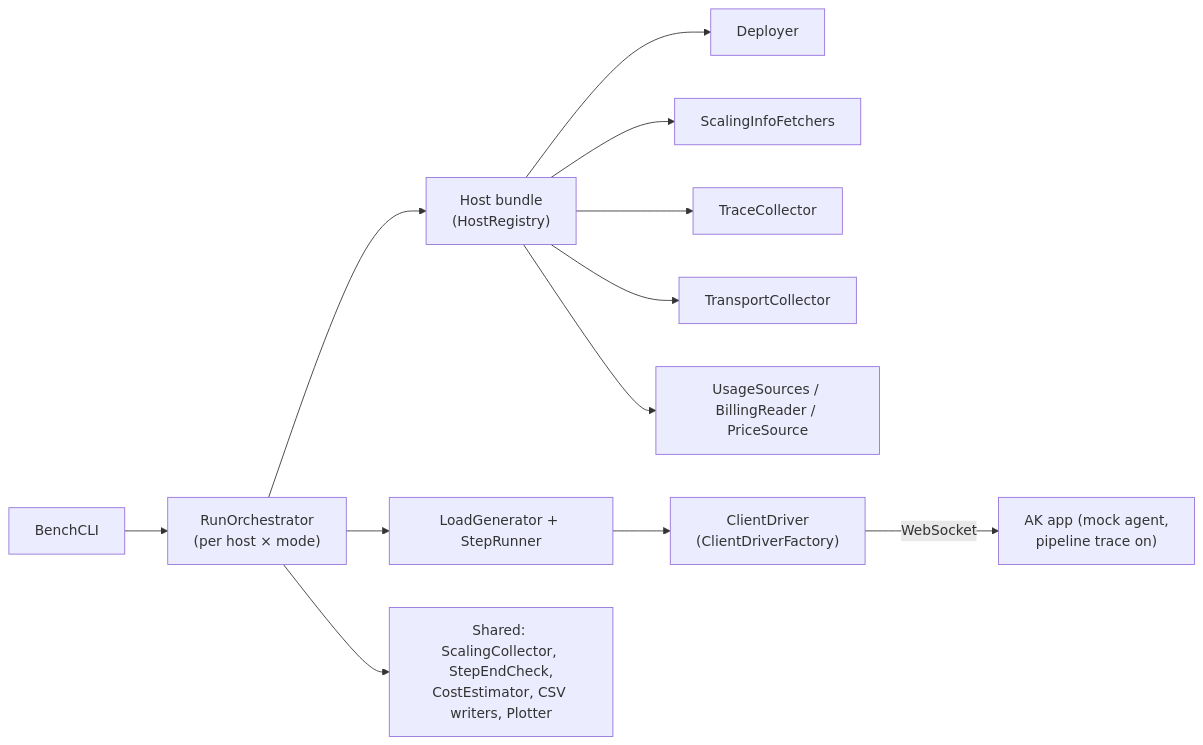
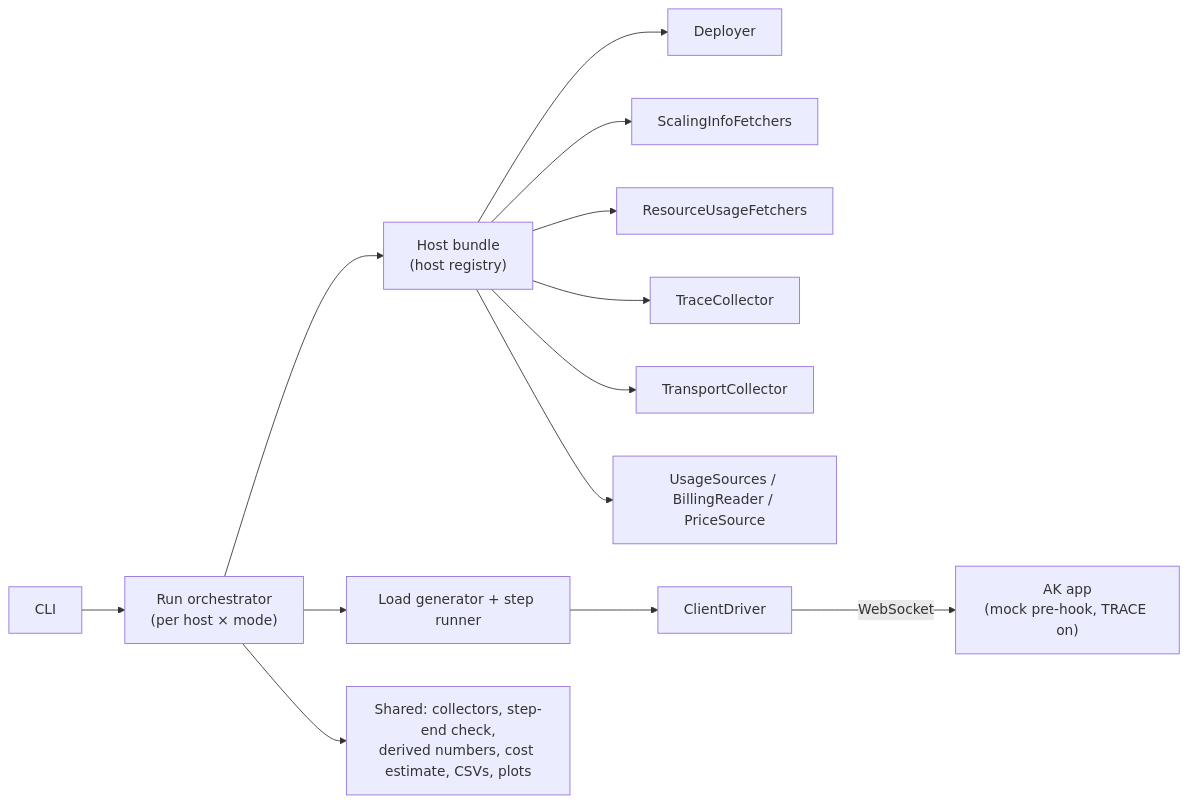
Before and after one commit to yaalalabs/agent-kernel: the diagram in docs/specs/786-benchmark-system/design.md, drawn with Mermaid. The commit also changed other lines of this file and 7 other files, not shown here.

````diff
--- a/docs/specs/786-benchmark-system/design.md
+++ b/docs/specs/786-benchmark-system/design.md
@@ -346,14 +445,15 @@
 ```mermaid
 graph LR
-    CLI["BenchCLI"] --> ORCH["RunOrchestrator<br/>(per host × mode)"]
-    ORCH --> HOST["Host bundle<br/>(HostRegistry)"]
+    CLI["CLI"] --> ORCH["Run orchestrator<br/>(per host × mode)"]
+    ORCH --> HOST["Host bundle<br/>(host registry)"]
     HOST --> DEP["Deployer"]
     HOST --> SF["ScalingInfoFetchers"]
+    HOST --> RF["ResourceUsageFetchers"]
     HOST --> TC["TraceCollector"]
     HOST --> TR["TransportCollector"]
     HOST --> COST["UsageSources / BillingReader / PriceSource"]
-    ORCH --> LG["LoadGenerator + StepRunner"]
-    LG --> DRV["ClientDriver<br/>(ClientDriverFactory)"]
-    DRV -->|WebSocket| AK["AK app (mock agent,<br/>pipeline trace on)"]
-    ORCH --> SHARED["Shared: ScalingCollector, StepEndCheck,<br/>CostEstimator, CSV writers, Plotter"]
+    ORCH --> LG["Load generator + step runner"]
+    LG --> DRV["ClientDriver"]
+    DRV -->|WebSocket| AK["AK app<br/>(mock pre-hook, TRACE on)"]
+    ORCH --> SHARED["Shared: collectors, step-end check,<br/>derived numbers, cost estimate, CSVs, plots"]
 ```
````
